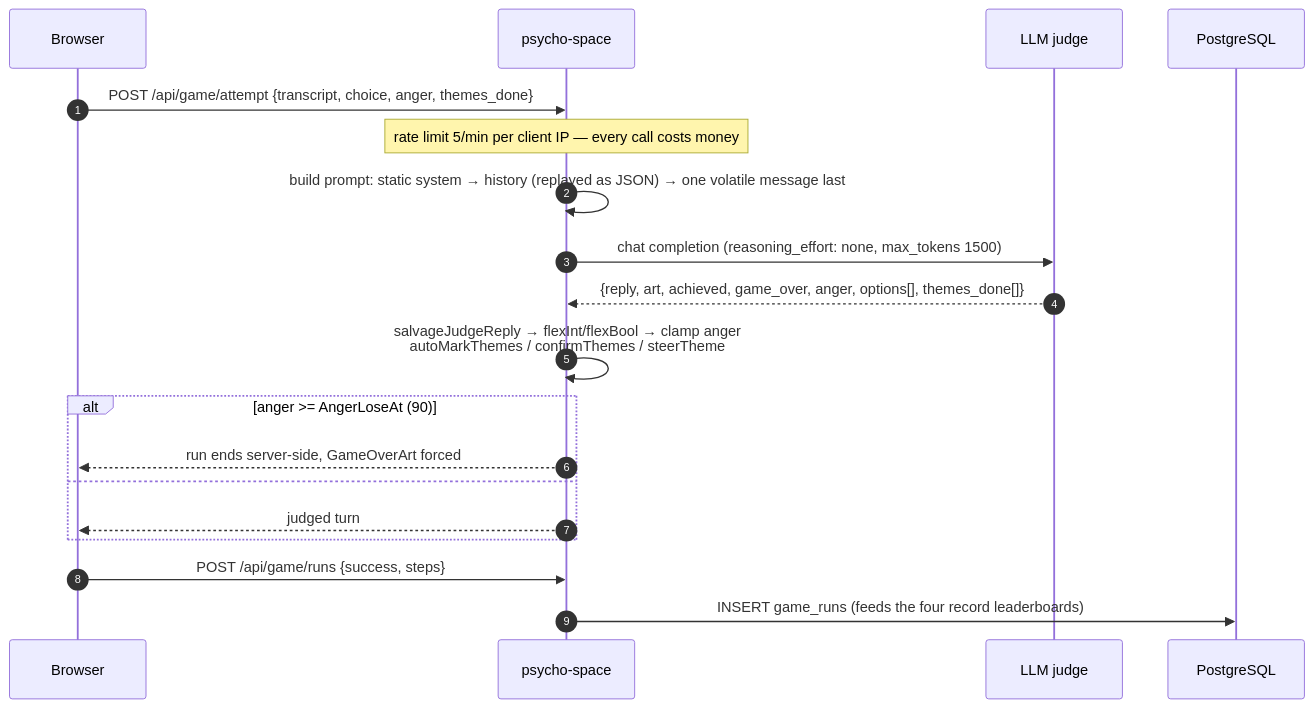
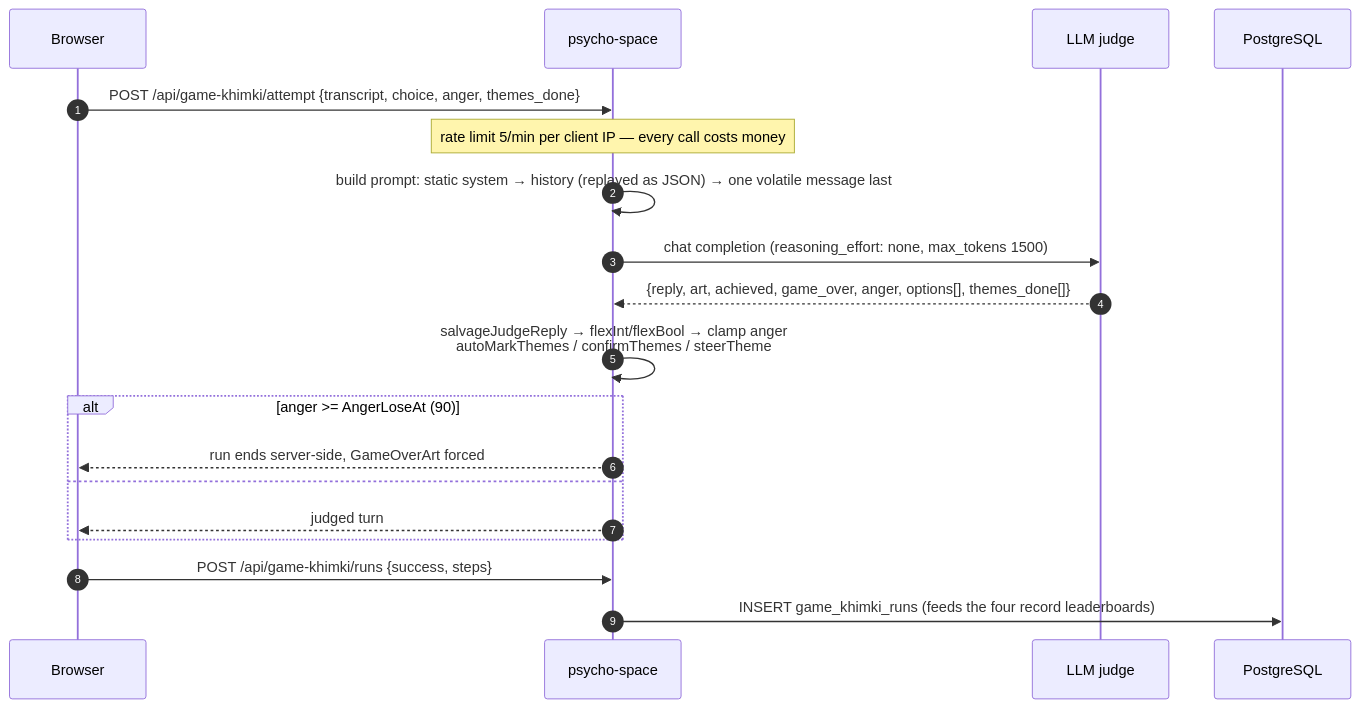
One commit to SergeyZSpb/psycho-space changed the fourth of 8 diagrams in docs/ARCHITECTURE.md. Above: the diagram before and after it, drawn with Mermaid. The commit also changed other lines of this file and 37 other files, not shown here.

````diff
--- a/docs/ARCHITECTURE.md
+++ b/docs/ARCHITECTURE.md
@@ -109,22 +110,22 @@
 ```mermaid
 sequenceDiagram
     autonumber
     participant B as Browser
     participant A as psycho-space
     participant L as LLM judge
     participant P as PostgreSQL
 
-    B->>A: POST /api/game/attempt {transcript, choice, anger, themes_done}
+    B->>A: POST /api/game-khimki/attempt {transcript, choice, anger, themes_done}
     Note over A: rate limit 5/min per client IP — every call costs money
     A->>A: build prompt: static system → history (replayed as JSON) → one volatile message last
     A->>L: chat completion (reasoning_effort: none, max_tokens 1500)
     L-->>A: {reply, art, achieved, game_over, anger, options[], themes_done[]}
     A->>A: salvageJudgeReply → flexInt/flexBool → clamp anger<br/>autoMarkThemes / confirmThemes / steerTheme
     alt anger >= AngerLoseAt (90)
         A-->>B: run ends server-side, GameOverArt forced
     else
         A-->>B: judged turn
     end
-    B->>A: POST /api/game/runs {success, steps}
-    A->>P: INSERT game_runs (feeds the four record leaderboards)
+    B->>A: POST /api/game-khimki/runs {success, steps}
+    A->>P: INSERT game_khimki_runs (feeds the four record leaderboards)
 ```
````
